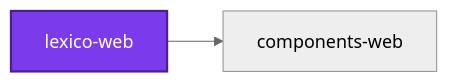
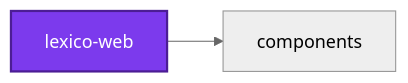
Before and after one commit to organizzolini/codebase: the first of 2 diagrams in projects/lexico/lexico-web/README.md, drawn with Mermaid (neutral theme). The commit also changed other lines of this file and 214 other files, not shown here.

Commit message:
refactor(components): ♻️ rename components-web to components and list it with the shared packages

````diff
--- a/projects/lexico/lexico-web/README.md
+++ b/projects/lexico/lexico-web/README.md
@@ -355,8 +355,8 @@
 ```mermaid
 graph LR
-  components_web["components-web"]
+  components_web["components"]
   lexico_web["lexico-web"]
   lexico_web --> components_web
   classDef subject fill:#7c3aed,color:#fff,stroke:#4c1d95,stroke-width:2px
   class lexico_web subject
 ```
````
